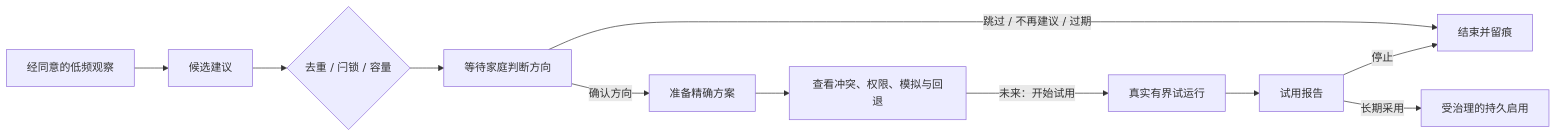
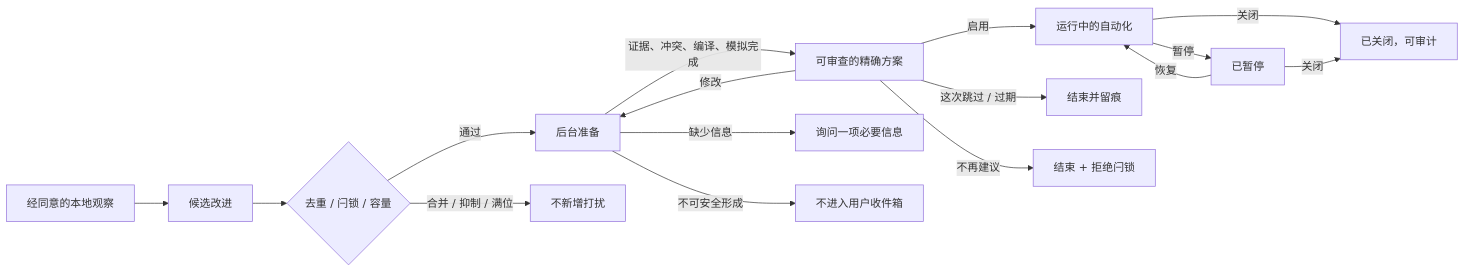
The diagram in docs/proposal-governance-business-context.md (locknard/hob-agent), drawn with Mermaid before and after one commit. The commit also changed other lines of this file and 2 other files, not shown here.

````diff
--- a/docs/proposal-governance-business-context.md
+++ b/docs/proposal-governance-business-context.md
@@ -230,13 +180,18 @@
 ```mermaid
 flowchart LR
-  Observe[经同意的低频观察] --> Candidate[候选建议]
-  Candidate --> Govern{去重 / 闩锁 / 容量}
-  Govern --> Proposal[等待家庭判断方向]
-  Proposal -->|跳过 / 不再建议 / 过期| Closed[结束并留痕]
-  Proposal -->|确认方向| Prepare[准备精确方案]
-  Prepare --> ReviewPlan[查看冲突、权限、模拟与回退]
-  ReviewPlan -->|未来：开始试用| Trial[真实有界试运行]
-  Trial --> Report[试用报告]
-  Report -->|长期采用| Deployment[受治理的持久启用]
-  Report -->|停止| Closed
+  Observe[经同意的本地观察] --> Candidate[候选改进]
+  Candidate --> Admission{去重 / 闩锁 / 容量}
+  Admission -->|通过| Preparing[后台准备]
+  Admission -->|合并 / 抑制 / 满位| Quiet[不新增打扰]
+  Preparing -->|证据、冲突、编译、模拟完成| Ready[可审查的精确方案]
+  Preparing -->|缺少信息| NeedsInfo[询问一项必要信息]
+  Preparing -->|不可安全形成| Dropped[不进入用户收件箱]
+  Ready -->|启用| Active[运行中的自动化]
+  Ready -->|修改| Preparing
+  Ready -->|这次跳过 / 过期| Closed[结束并留痕]
+  Ready -->|不再建议| Latched[结束 + 拒绝闩锁]
+  Active -->|暂停| Paused[已暂停]
+  Paused -->|恢复| Active
+  Active -->|关闭| Disabled[已关闭，可审计]
+  Paused -->|关闭| Disabled
 ```
````
